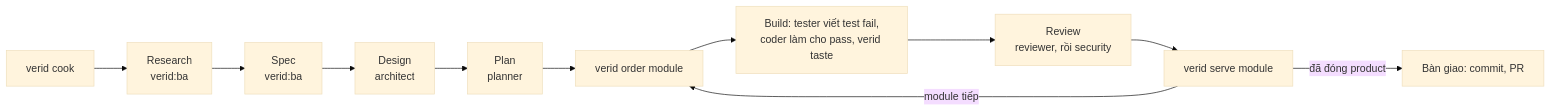
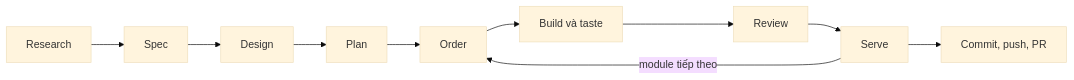
The diagram in README.vi.md (anhtranhai835/verid), drawn with Mermaid (base theme) before and after one commit. The commit also changed other lines of this file and 1 other file, not shown here.

````diff
--- a/README.vi.md
+++ b/README.vi.md
@@ -67,13 +35,5 @@
 ```mermaid
 flowchart LR
-  A[verid cook] --> B[Research<br/>verid:ba]
-  B --> S[Spec<br/>verid:ba]
-  S --> C[Design<br/>architect]
-  C --> D[Plan<br/>planner]
-  D --> E[verid order module]
-  E --> F[Build: tester viết test fail,<br/>coder làm cho pass, verid taste]
-  F --> G[Review<br/>reviewer, rồi security]
-  G --> H[verid serve module]
-  H -->|module tiếp| E
-  H -->|đã đóng product| I[Bàn giao: commit, PR]
+  R[Research] --> S[Spec] --> D[Design] --> P[Plan] --> O[Order] --> B[Build và taste] --> V[Review] --> C[Serve] --> H[Commit, push, PR]
+  C -->|module tiếp theo| O
 ```
````
